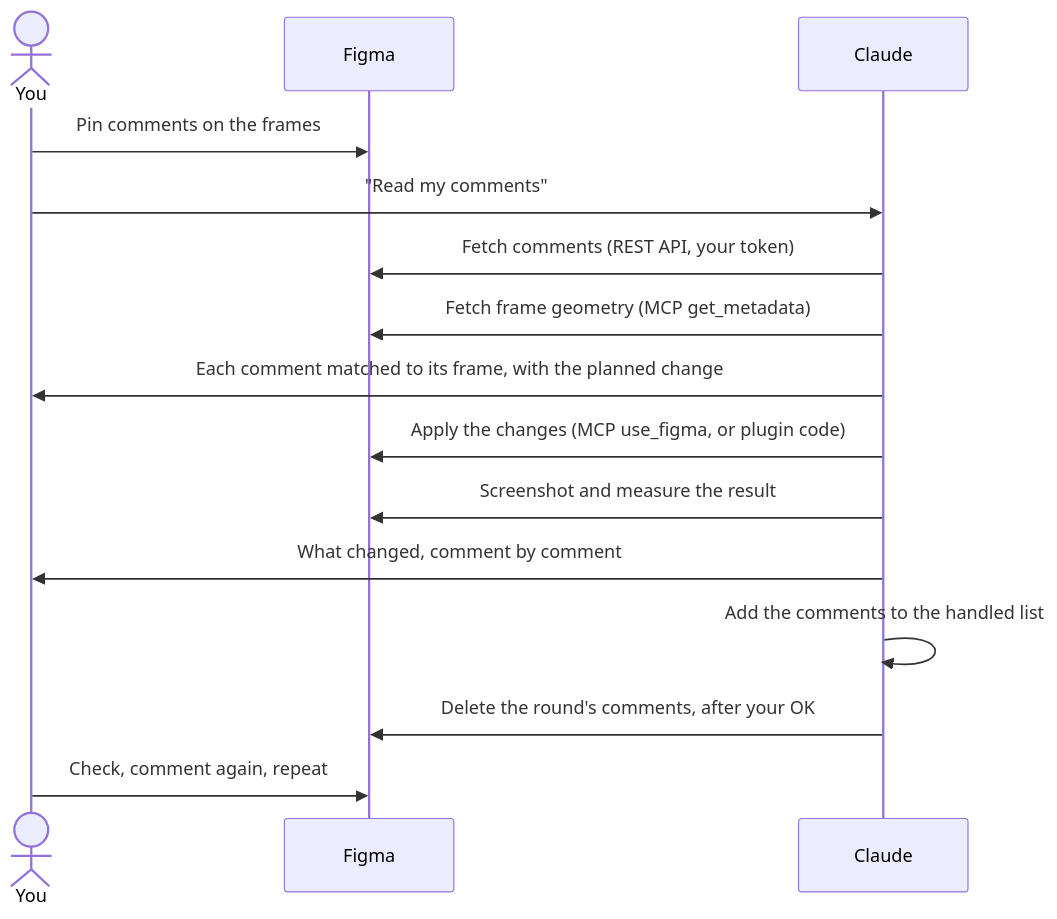
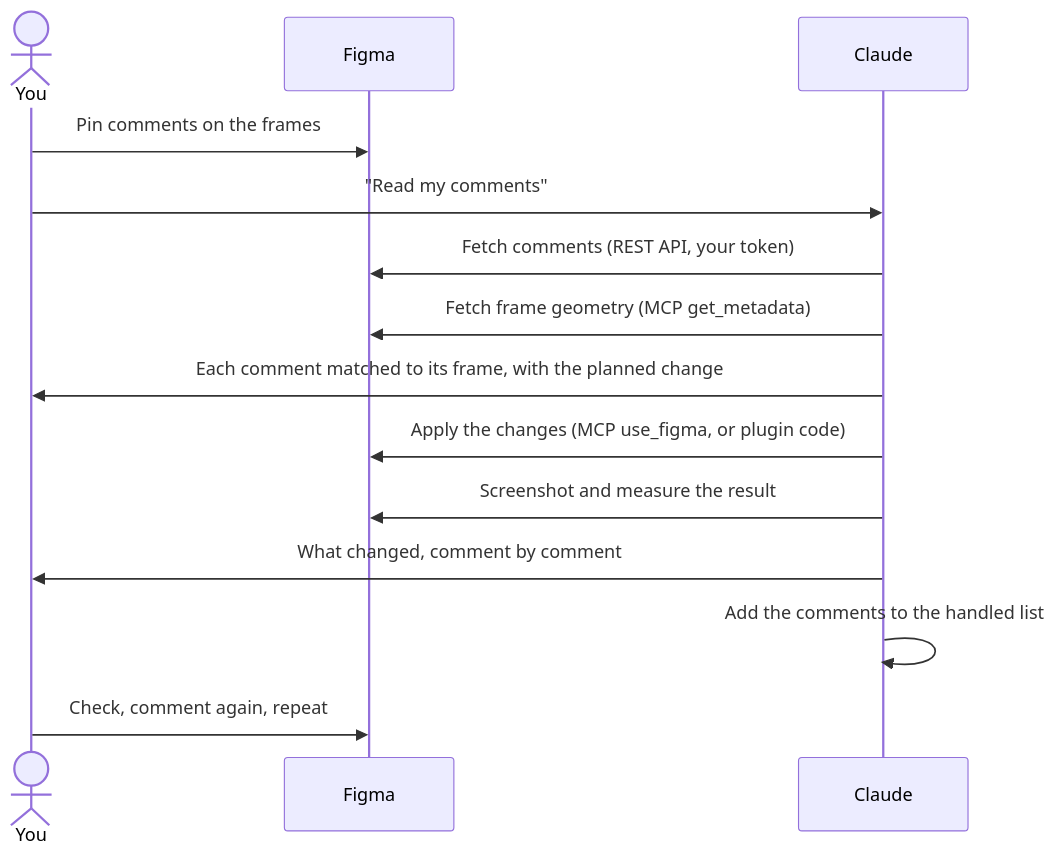
The diagram in README.md (ABarracu87/figma-build-skill), drawn with Mermaid before and after one commit. The commit also changed other lines of this file and 1 other file, not shown here.

Commit message:
Never delete Figma comments; they are the review record

````diff
--- a/README.md
+++ b/README.md
@@ -48,17 +48,16 @@
 ```mermaid
 sequenceDiagram
     actor You
     participant Figma
     participant Claude
     You->>Figma: Pin comments on the frames
     You->>Claude: "Read my comments"
     Claude->>Figma: Fetch comments (REST API, your token)
     Claude->>Figma: Fetch frame geometry (MCP get_metadata)
     Claude->>You: Each comment matched to its frame, with the planned change
     Claude->>Figma: Apply the changes (MCP use_figma, or plugin code)
     Claude->>Figma: Screenshot and measure the result
     Claude->>You: What changed, comment by comment
     Claude->>Claude: Add the comments to the handled list
-    Claude->>Figma: Delete the round's comments, after your OK
     You->>Figma: Check, comment again, repeat
 ```
````
